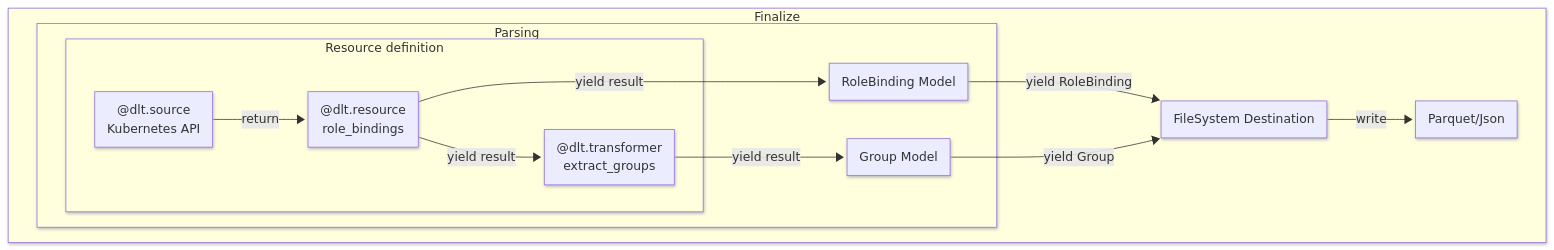
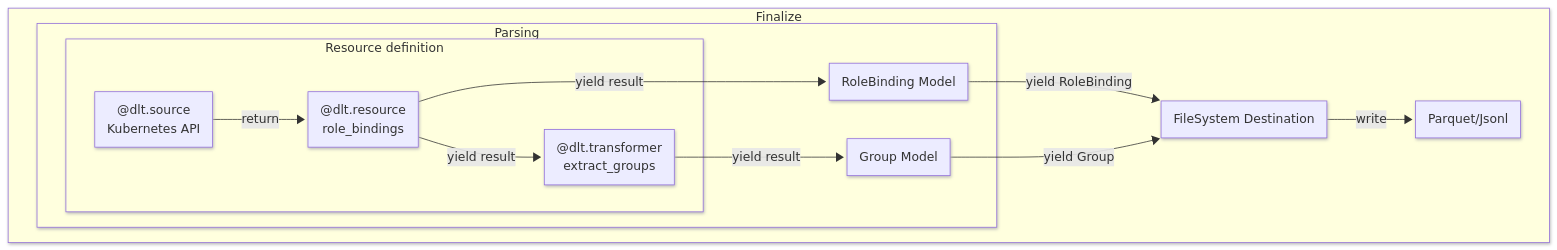
Before and after one commit to d3vzer0/OpenGraph-dlt: the diagram in docs/mermaid/collection-kube.mmd, drawn with Mermaid. The commit also changed 3 other files, not shown here.

Commit message:
Added install CLI command to readme + updates to mermaid

```diff
--- a/docs/mermaid/collection-kube.mmd
+++ b/docs/mermaid/collection-kube.mmd
@@ -1,30 +1,30 @@
 ---
 config:
   theme: mc
   layout: dagre
   look: neo
 ---
 flowchart TB
 
  subgraph resources["Resource definition"]
     Kube["@dlt.source<br>Kubernetes API"]
     %% sources
     KubeRes["@dlt.resource<br>role_bindings"]
     KubeTransf["@dlt.transformer<br>extract_groups"]
   end
  subgraph parsing["Parsing"]
         resources
         KubeParse1["RoleBinding Model"]
         KubeParse2["Group Model"]
   end
  subgraph finalize["Finalize"]
         parsing
         FS["FileSystem Destination"]
-        File["Parquet/Json"]
+        File["Parquet/Jsonl"]
   end
     Kube -- return --> KubeRes
     KubeRes -- yield result --> KubeTransf & KubeParse1
     KubeTransf -- yield result --> KubeParse2
     KubeParse1 -- yield RoleBinding --> FS
     KubeParse2 -- yield Group --> FS
     FS -- write --> File
```
